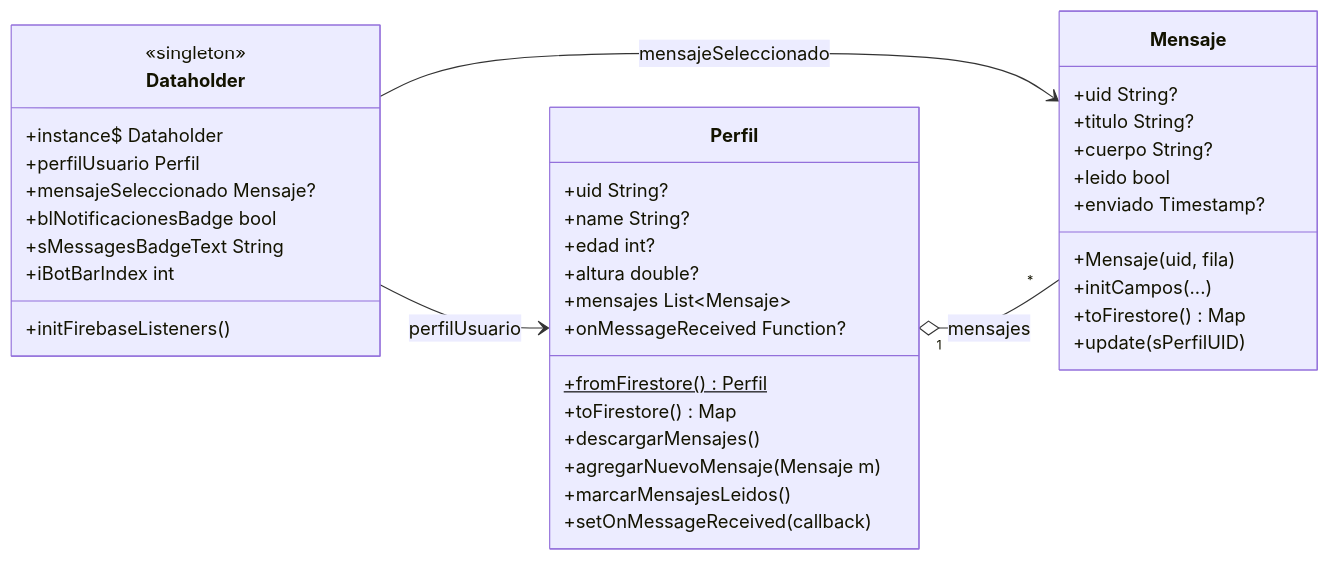
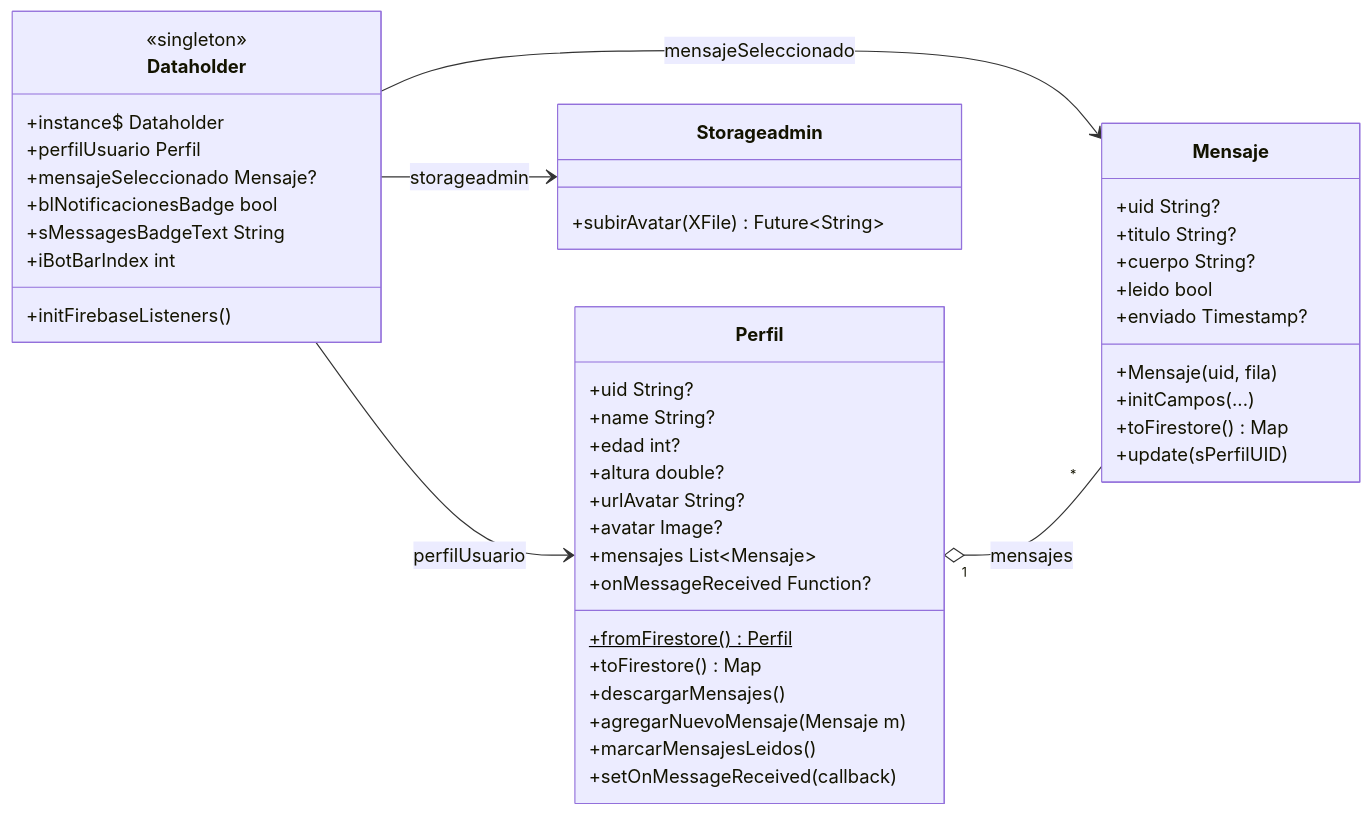
One commit to 4yony4/dam2_2627_a changed the sixth of 12 diagrams in README.md. Above: the diagram before and after it, drawn with Mermaid. The commit also changed other lines of this file and 12 other files, not shown here.

````diff
--- a/README.md
+++ b/README.md
@@ -407,46 +442,53 @@
 ```mermaid
 classDiagram
     direction LR
 
     class Dataholder {
         <<singleton>>
         +instance$ Dataholder
         +perfilUsuario Perfil
         +mensajeSeleccionado Mensaje?
         +blNotificacionesBadge bool
         +sMessagesBadgeText String
         +iBotBarIndex int
         +initFirebaseListeners()
     }
 
     class Perfil {
         +uid String?
         +name String?
         +edad int?
         +altura double?
+        +urlAvatar String?
+        +avatar Image?
         +mensajes List~Mensaje~
         +onMessageReceived Function?
         +fromFirestore()$ Perfil
         +toFirestore() Map
         +descargarMensajes()
         +agregarNuevoMensaje(Mensaje m)
         +marcarMensajesLeidos()
         +setOnMessageReceived(callback)
     }
 
     class Mensaje {
         +uid String?
         +titulo String?
         +cuerpo String?
         +leido bool
         +enviado Timestamp?
         +Mensaje(uid, fila)
         +initCampos(...)
         +toFirestore() Map
         +update(sPerfilUID)
     }
 
+    class Storageadmin {
+        +subirAvatar(XFile) Future~String~
+    }
+
     Dataholder --> Perfil : perfilUsuario
     Dataholder --> Mensaje : mensajeSeleccionado
     Perfil "1" o-- "*" Mensaje : mensajes
+    Dataholder --> Storageadmin : storageadmin
 ```
````
